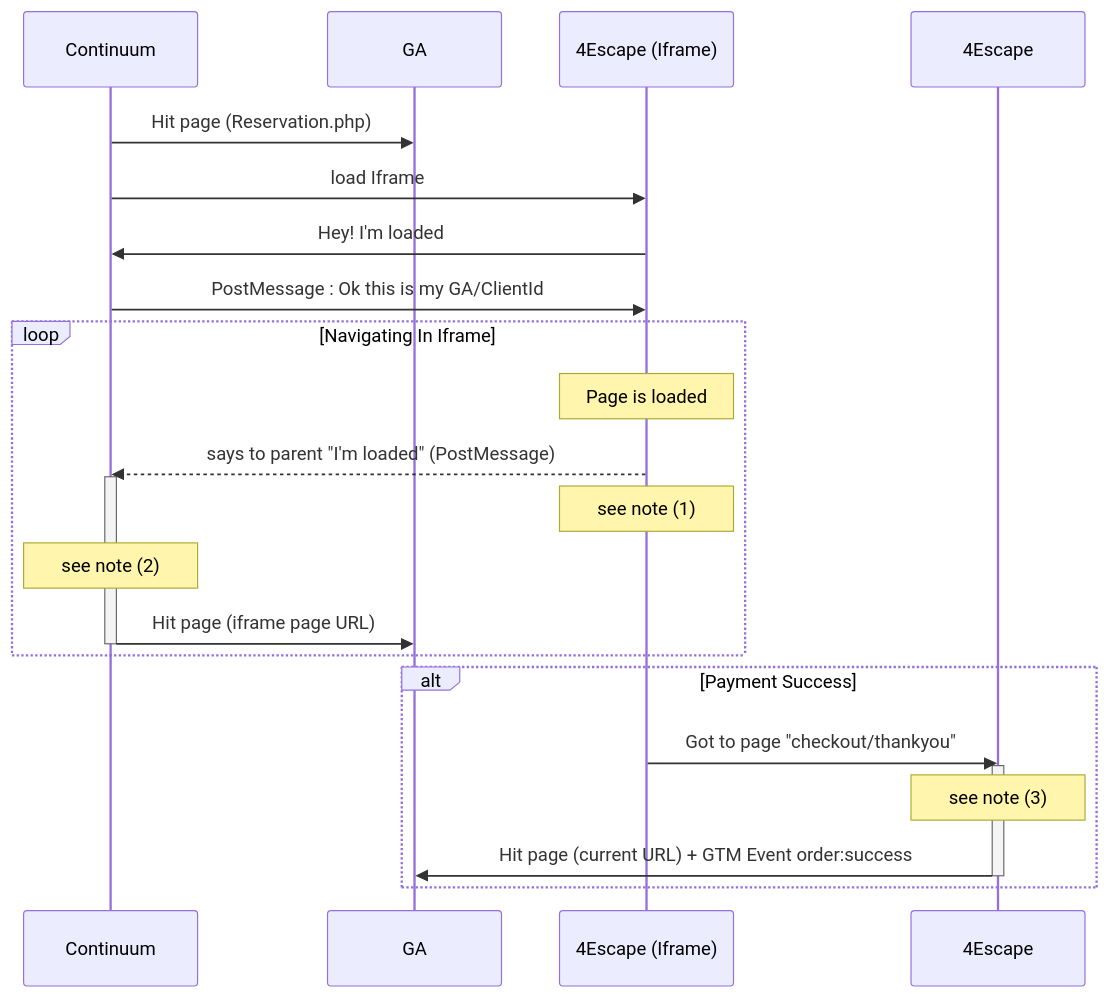
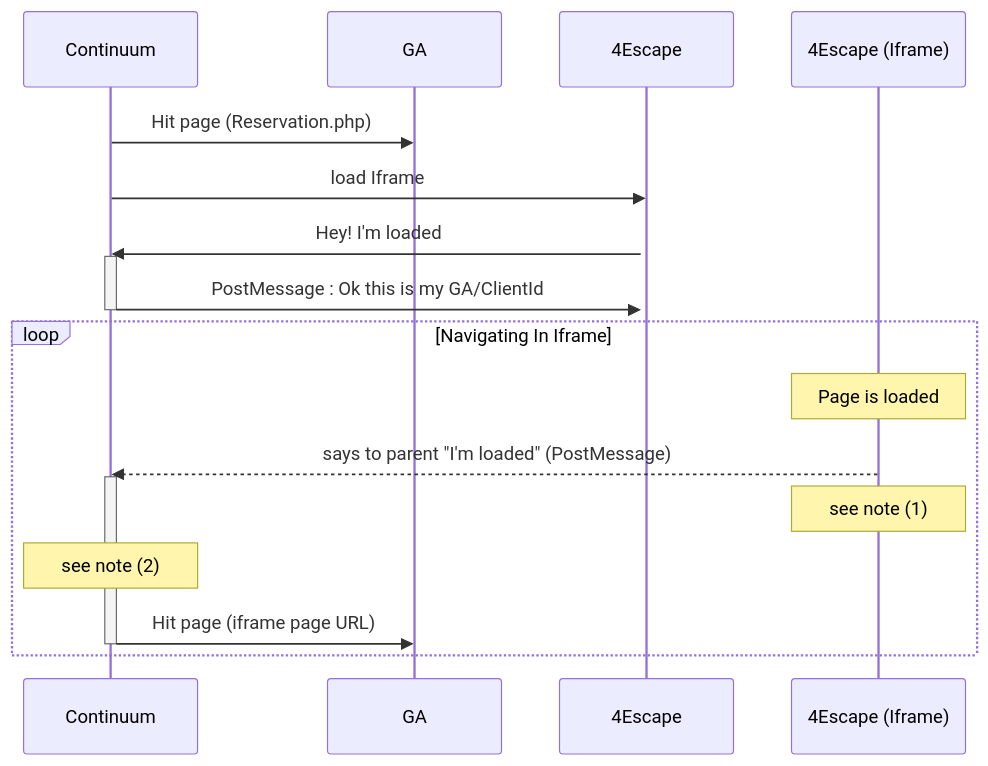
Before and after one commit to NansPellicari/stackEdit: the diagram in doc/continuum/ClientId.md, drawn with Mermaid. The commit also changed other lines of this file, not shown here.

Commit message:
doc/continuum/ClientId.md updated from https://stackedit.io/

````diff
--- a/doc/continuum/ClientId.md
+++ b/doc/continuum/ClientId.md
@@ -16,43 +16,30 @@
 ```mermaid
 
 sequenceDiagram
 
 Continuum->>GA: Hit page (Reservation.php)
 
-Continuum->>4Escape (Iframe): load Iframe
-4Escape (Iframe)->>Continuum: Hey! I'm loaded
-Continuum->>4Escape (Iframe): PostMessage : Ok this is my GA/ClientId
-
+Continuum->>4Escape: load Iframe
+activate 4Escape
+4Escape->>Continuum: Hey! I'm loaded
+activate Continuum
+Continuum->>4Escape: PostMessage : Ok this is my GA/ClientId
+deactivate Continuum
 loop Navigating In Iframe
 
 Note over 4Escape (Iframe): Page is loaded
 
 4Escape (Iframe)-->>Continuum: says to parent "I'm loaded" (PostMessage)
 
 activate Continuum
 
 Note over 4Escape (Iframe): see note (1)
 
 Note over Continuum: see note (2)
 
 Continuum->>GA: Hit page (iframe page URL)
 
 deactivate Continuum
 
 end
-
-alt Payment Success
-
-4Escape (Iframe)->>4Escape: Got to page "checkout/thankyou"
-
-activate 4Escape
-
-Note over 4Escape: see note (3)
-
-4Escape->>GA: Hit page (current URL) + GTM Event order:success
-
-deactivate 4Escape
-
-end
-
 ```
````
